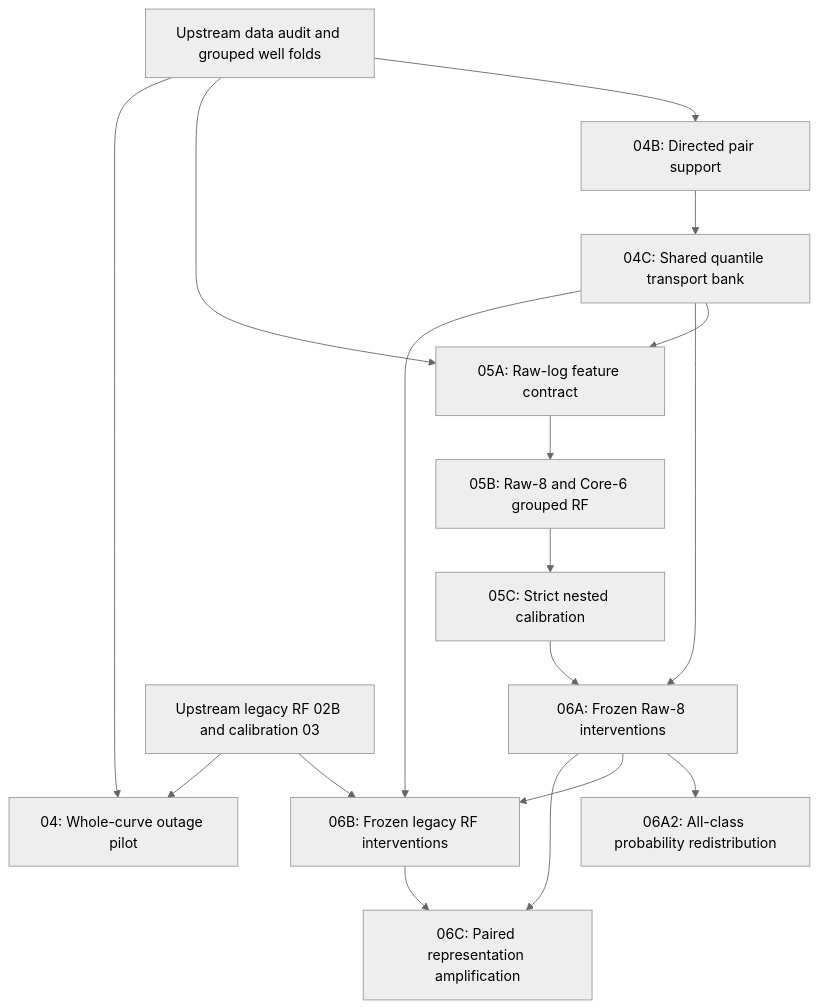
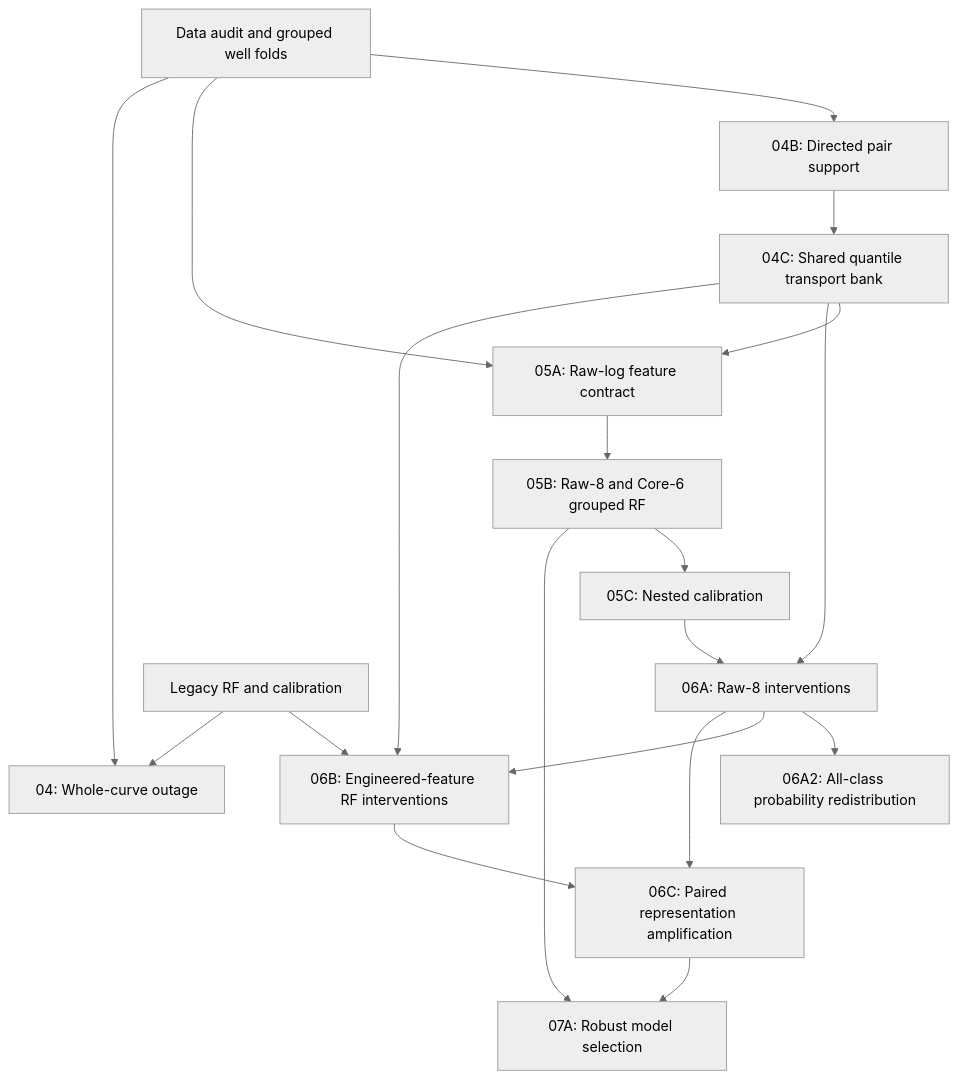
Before and after one commit to Mohaddesemoghaddam/StrataShift: the diagram in README.md, drawn with Mermaid (neutral theme). The commit also changed other lines of this file, not shown here.

````diff
--- a/README.md
+++ b/README.md
@@ -45,19 +58,21 @@
 ```mermaid
 flowchart TD
-    U1[Upstream data audit and grouped well folds] --> B[04B: Directed pair support]
+    U1[Data audit and grouped well folds] --> B[04B: Directed pair support]
     B --> C[04C: Shared quantile transport bank]
     C --> A[05A: Raw-log feature contract]
     U1 --> A
     A --> D[05B: Raw-8 and Core-6 grouped RF]
-    D --> E[05C: Strict nested calibration]
-    C --> F[06A: Frozen Raw-8 interventions]
+    D --> E[05C: Nested calibration]
+    C --> F[06A: Raw-8 interventions]
     E --> F
     F --> G[06A2: All-class probability redistribution]
-    C --> H[06B: Frozen legacy RF interventions]
+    C --> H[06B: Engineered-feature RF interventions]
     F --> H
-    U2[Upstream legacy RF 02B and calibration 03] --> H
+    U2[Legacy RF and calibration] --> H
     F --> I[06C: Paired representation amplification]
     H --> I
-    U2 --> X[04: Whole-curve outage pilot]
+    I --> R[07A: Robust model selection]
+    D --> R
+    U2 --> X[04: Whole-curve outage]
     U1 --> X
 ```
````
